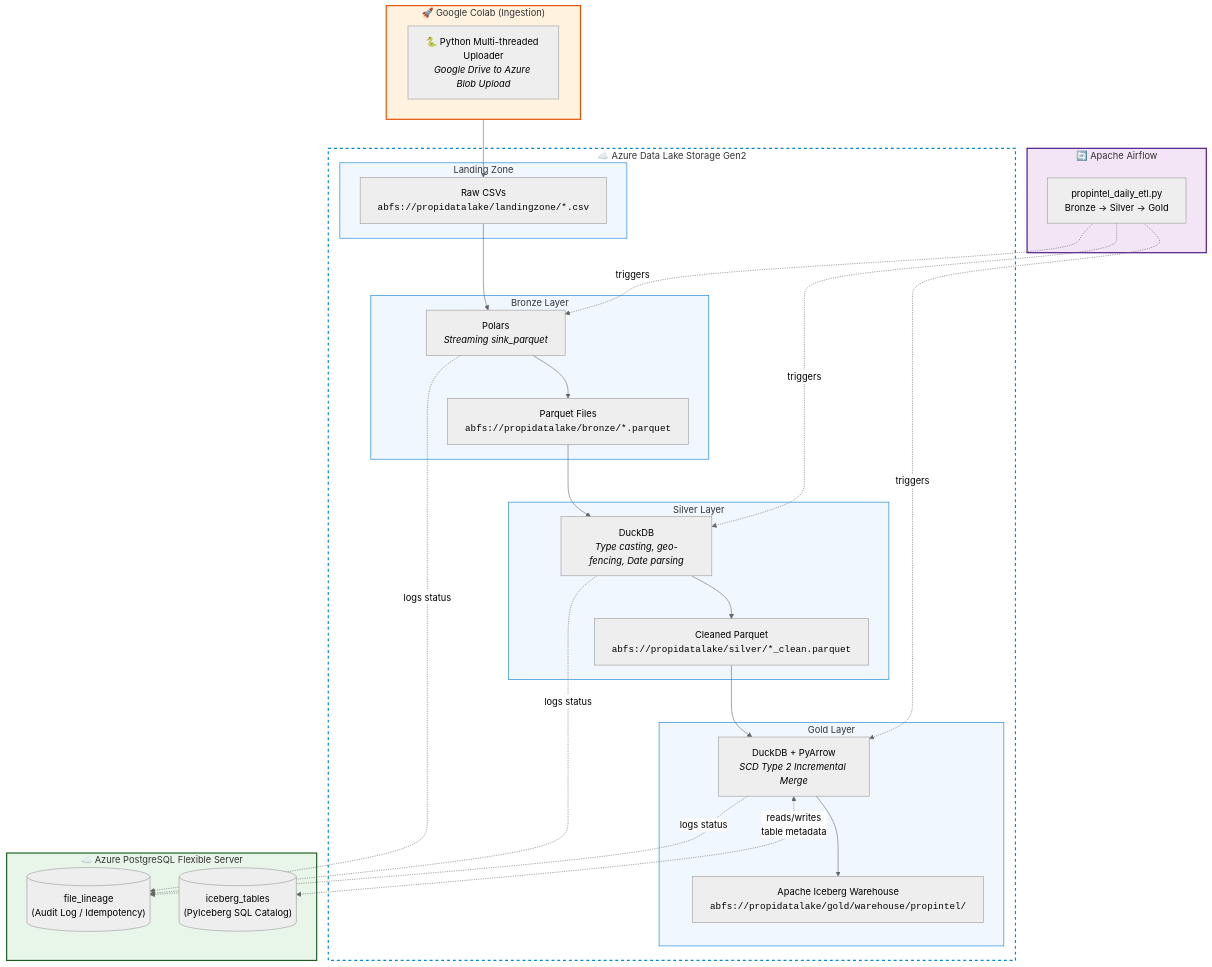
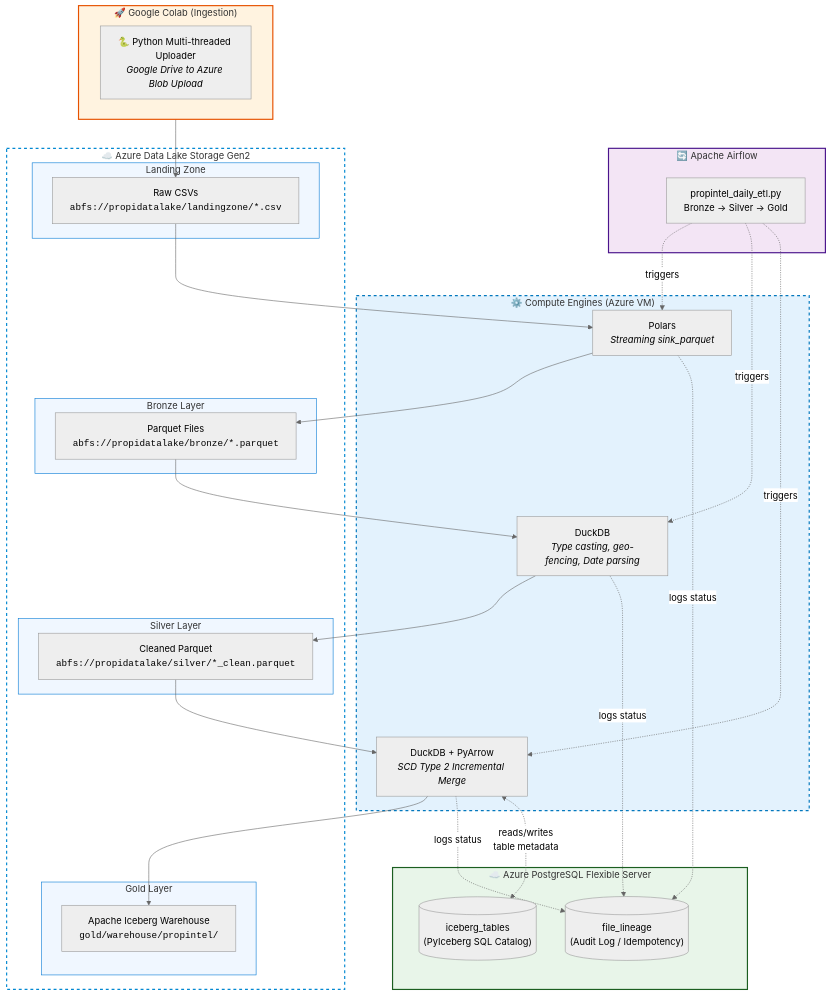
The diagram in README.md (ali786-hub/Property-Intelligence-Platform), drawn with Mermaid (neutral theme) before and after one commit.

````diff
--- a/README.md
+++ b/README.md
@@ -22,67 +22,74 @@
 ```mermaid
 flowchart TB
     subgraph source ["🚀 Google Colab (Ingestion)"]
         COLAB["🐍 Python Multi-threaded Uploader<br/><i>Google Drive to Azure Blob Upload</i>"]
     end
 
     subgraph airflow ["🔄 Apache Airflow"]
         DAG["propintel_daily_etl.py<br/>Bronze → Silver → Gold"]
     end
 
+    subgraph compute ["⚙️ Compute Engines (Azure VM)"]
+        B_ENGINE["Polars<br/><i>Streaming sink_parquet</i>"]
+        S_ENGINE["DuckDB<br/><i>Type casting, geo-fencing, Date parsing</i>"]
+        G_ENGINE["DuckDB + PyArrow<br/><i>SCD Type 2 Incremental Merge</i>"]
+    end
+
     subgraph cloud_storage ["☁️ Azure Data Lake Storage Gen2"]
         subgraph landing ["Landing Zone"]
             B_IN["Raw CSVs<br/><code>abfs://propidatalake/landingzone/*.csv</code>"]
         end
 
         subgraph bronze ["Bronze Layer"]
-            B_ENGINE["Polars<br/><i>Streaming sink_parquet</i>"]
             B_OUT["Parquet Files<br/><code>abfs://propidatalake/bronze/*.parquet</code>"]
         end
 
         subgraph silver ["Silver Layer"]
-            S_ENGINE["DuckDB<br/><i>Type casting, geo-fencing, Date parsing</i>"]
             S_OUT["Cleaned Parquet<br/><code>abfs://propidatalake/silver/*_clean.parquet</code>"]
         end
 
         subgraph gold ["Gold Layer"]
-            G_ENGINE["DuckDB + PyArrow<br/><i>SCD Type 2 Incremental Merge</i>"]
-            G_OUT["Apache Iceberg Warehouse<br/><code>abfs://propidatalake/gold/warehouse/propintel/</code>"]
+            G_OUT["Apache Iceberg Warehouse<br/><code>gold/warehouse/propintel/</code>"]
         end
-        
-        B_IN --> B_ENGINE --> B_OUT
-        B_OUT --> S_ENGINE --> S_OUT
-        S_OUT --> G_ENGINE --> G_OUT
     end
 
     subgraph cloud_db ["☁️ Azure PostgreSQL Flexible Server"]
         LINEAGE[("file_lineage<br/>(Audit Log / Idempotency)")]
         CATALOG[("iceberg_tables<br/>(PyIceberg SQL Catalog)")]
     end
 
+    %% Ingestion
     source --> B_IN
-    
-    %% Airflow triggers mapping directly to the compute engines
+
+    %% Airflow Triggers
     DAG -. "triggers" .-> B_ENGINE
     DAG -. "triggers" .-> S_ENGINE
     DAG -. "triggers" .-> G_ENGINE
+
+    %% ETL Weaving (Storage <--> Compute)
+    B_IN --> B_ENGINE
+    B_ENGINE --> B_OUT
+    B_OUT --> S_ENGINE
+    S_ENGINE --> S_OUT
+    S_OUT --> G_ENGINE
+    G_ENGINE --> G_OUT
 
     %% Logging interactions mapping perfectly to the DB
     B_ENGINE -. "logs status" .-> LINEAGE
     S_ENGINE -. "logs status" .-> LINEAGE
     G_ENGINE -. "logs status" .-> LINEAGE
     G_ENGINE <-. "reads/writes<br/>table metadata" .-> CATALOG
 
     %% Styling Subgraphs for Visual Separation and Cohesion
     style source fill:#fff3e0,stroke:#e65100,stroke-width:2px
     style airflow fill:#f3e5f5,stroke:#4a148c,stroke-width:2px
+    style compute fill:#e3f2fd,stroke:#0277bd,stroke-width:2px,stroke-dasharray: 5 5
+    style cloud_storage fill:none,stroke:#0288d1,stroke-width:2px,stroke-dasharray: 5 5
     style cloud_db fill:#e8f5e9,stroke:#1b5e20,stroke-width:2px
-    
-    %% Big dotted line boundary for the Data Lake container
-    style cloud_storage fill:none,stroke:#0288d1,stroke-width:2px,stroke-dasharray: 5 5
     
     %% Individual Data Lake containers
     style landing fill:#f0f7ff,stroke:#0078d4,stroke-width:1px
     style bronze fill:#f0f7ff,stroke:#0078d4,stroke-width:1px
     style silver fill:#f0f7ff,stroke:#0078d4,stroke-width:1px
     style gold fill:#f0f7ff,stroke:#0078d4,stroke-width:1px
 ```
````
